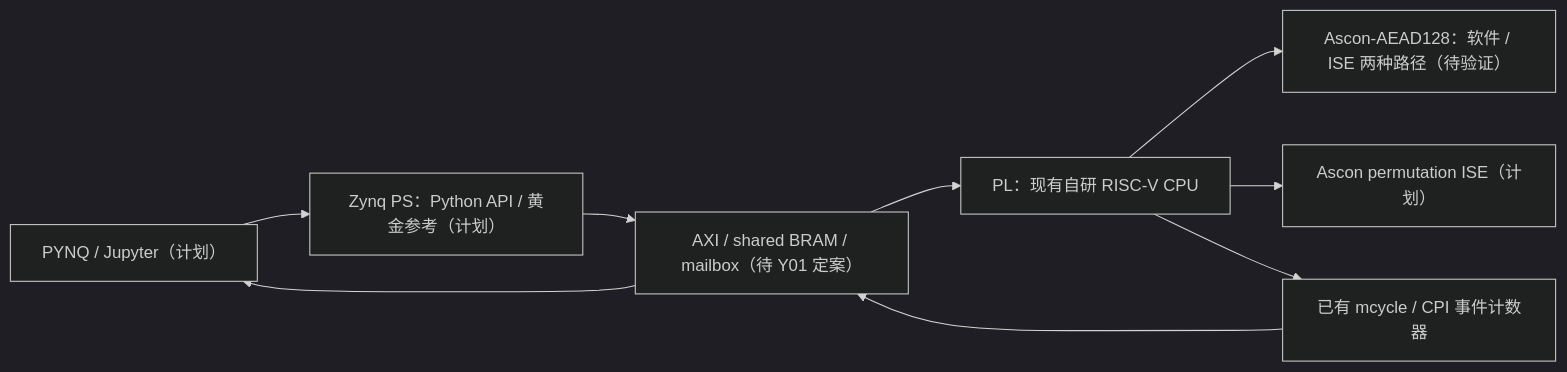
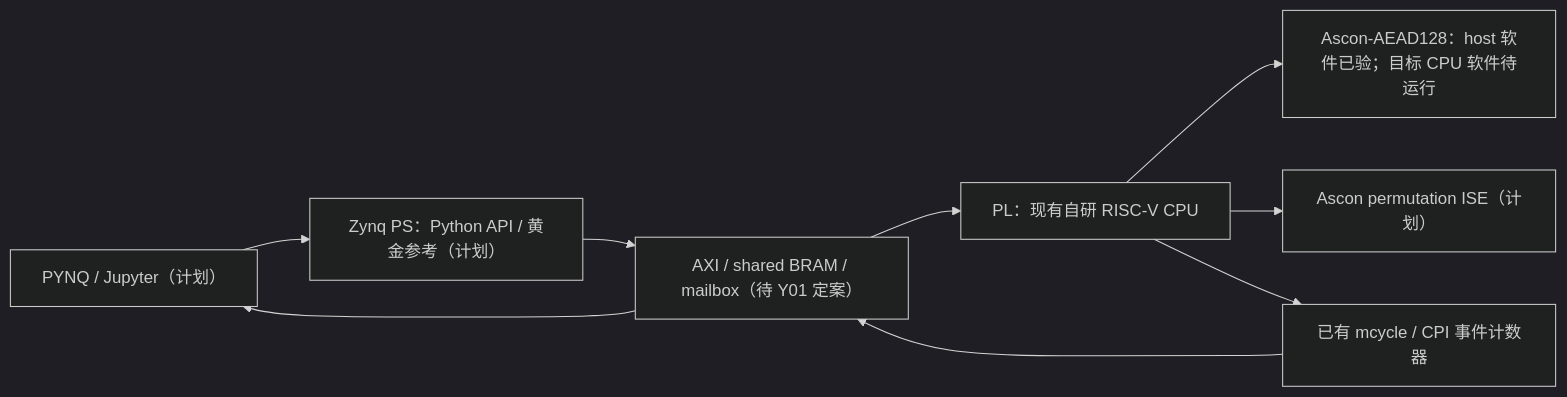
The diagram in README.md (HChenZ/amd_fpga_2026), drawn with Mermaid (dark theme) before and after one commit. The commit also changed other lines of this file, not shown here.

Commit message:
文档：更新项目进度与 Ascon 验证状态

````diff
--- a/README.md
+++ b/README.md
@@ -24,11 +24,11 @@
 ```mermaid
 flowchart LR
     Host["PYNQ / Jupyter（计划）"] --> PS["Zynq PS：Python API / 黄金参考（计划）"]
     PS --> Link["AXI / shared BRAM / mailbox（待 Y01 定案）"]
     Link --> CPU["PL：现有自研 RISC-V CPU"]
-    CPU --> SW["Ascon-AEAD128：软件 / ISE 两种路径（待验证）"]
+    CPU --> SW["Ascon-AEAD128：host 软件已验；目标 CPU 软件待运行"]
     CPU --> ISE["Ascon permutation ISE（计划）"]
     CPU --> Counter["已有 mcycle / CPI 事件计数器"]
     Counter --> Link
     Link --> Host
 ```
````
